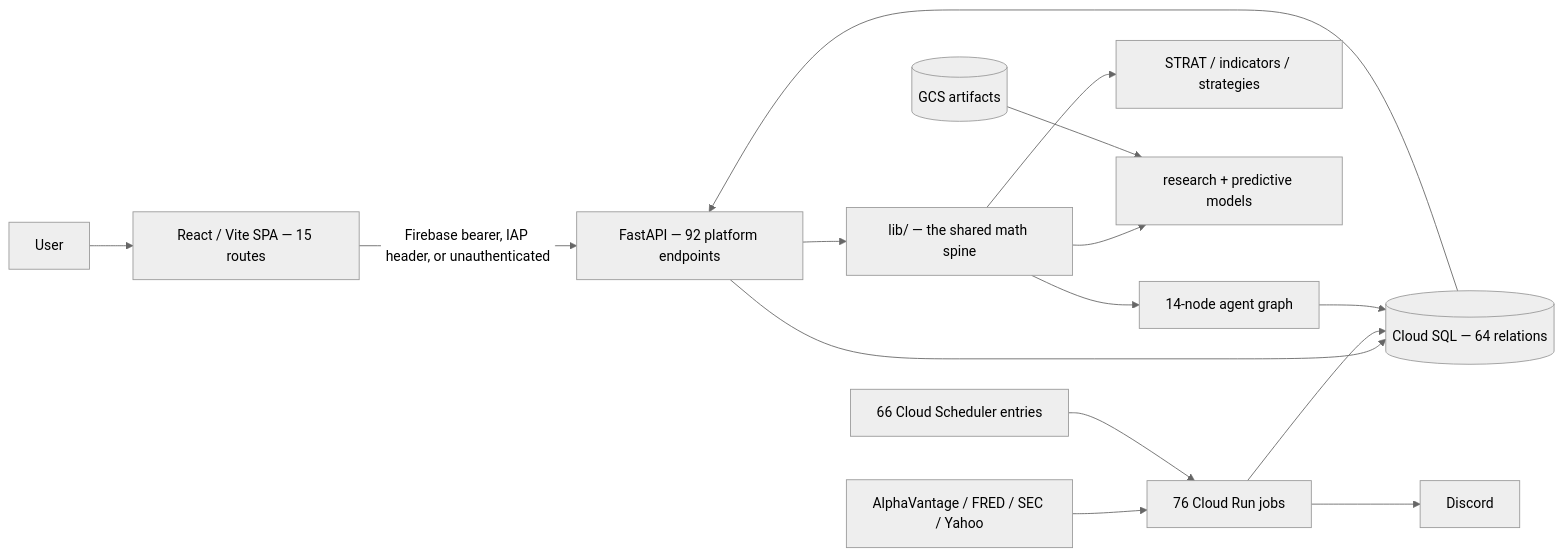
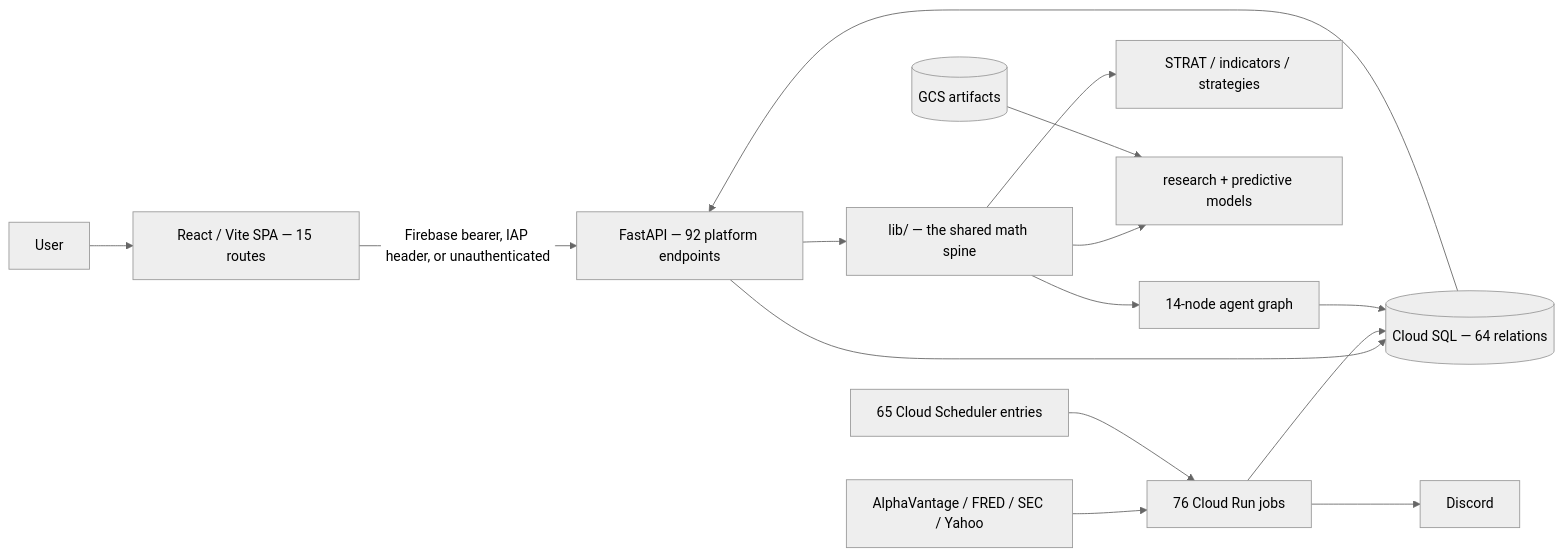
Before and after one commit to TeneikaAskew/stocks: the first of 2 diagrams in docs/product/00-PRODUCT-OVERVIEW.md, drawn with Mermaid (neutral theme). The commit also changed other lines of this file and 16 other files, not shown here.

````diff
--- a/docs/product/00-PRODUCT-OVERVIEW.md
+++ b/docs/product/00-PRODUCT-OVERVIEW.md
@@ -39,17 +39,17 @@
 ```mermaid
 flowchart LR
  U[User] --> WEB[React / Vite SPA — 15 routes]
  WEB -->|Firebase bearer, IAP header, or unauthenticated| API[FastAPI — 92 platform endpoints]
  API --> LIB[lib/ — the shared math spine]
  API --> DB[(Cloud SQL — 64 relations)]
  SRC[AlphaVantage / FRED / SEC / Yahoo] --> JOBS[76 Cloud Run jobs]
- SCH[66 Cloud Scheduler entries] --> JOBS
+ SCH[65 Cloud Scheduler entries] --> JOBS
  JOBS --> DB
  LIB --> RULES[STRAT / indicators / strategies]
  LIB --> ML[research + predictive models]
  LIB --> LLM[14-node agent graph]
  LLM --> DB
  JOBS --> DISCORD[Discord]
  DB --> API
  GCS[(GCS artifacts)] --> ML
 ```
````
